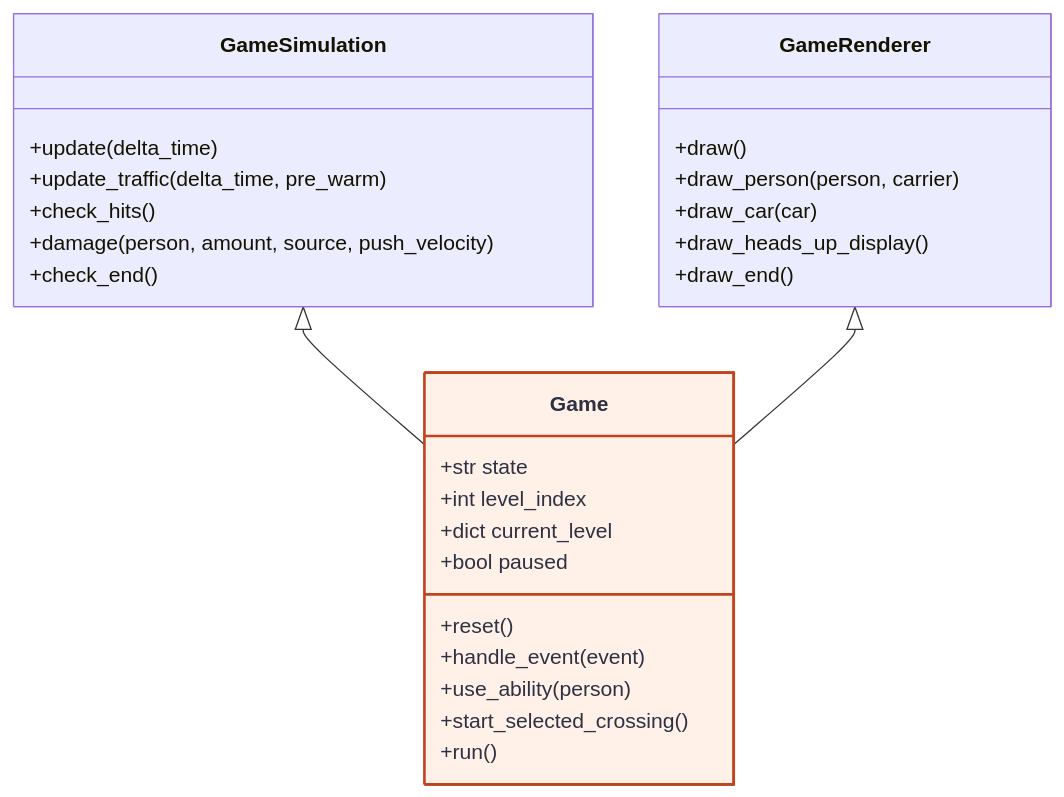
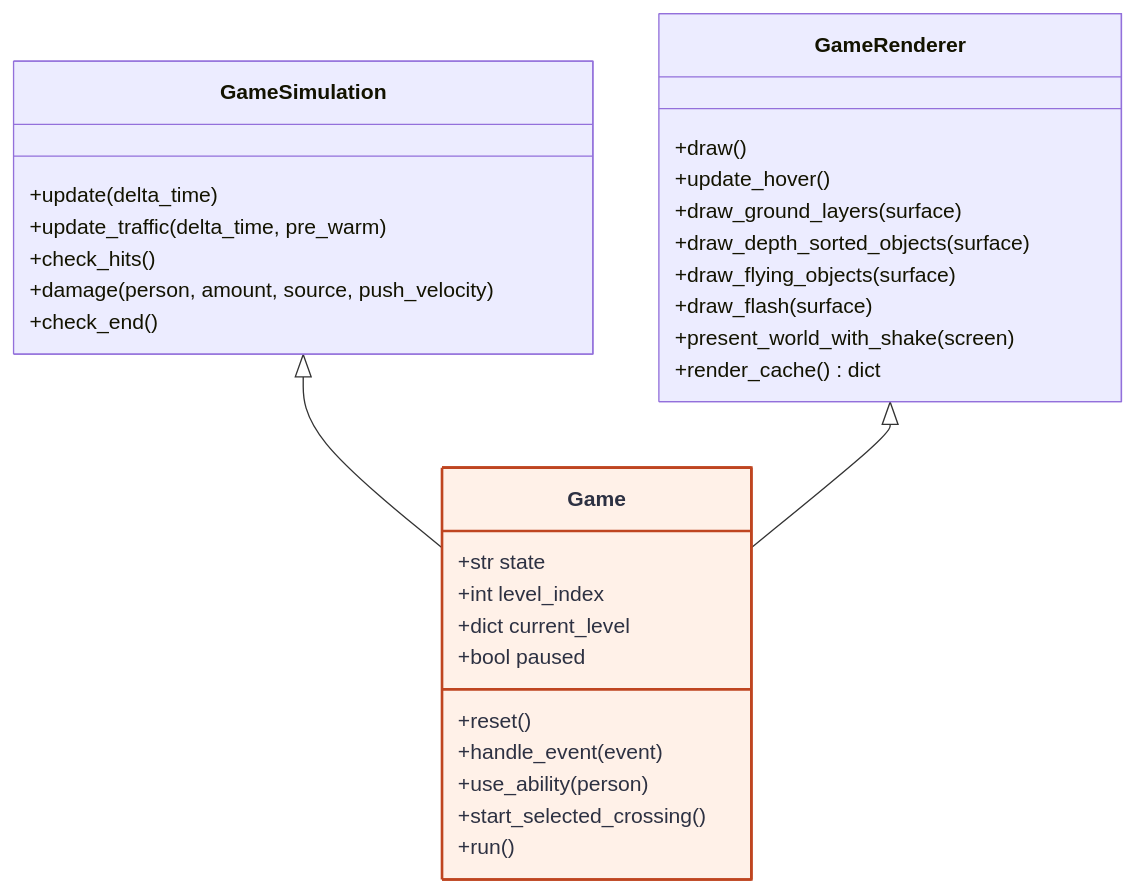
One commit to namo5758/pygame-cross-the-road changed the first of 3 diagrams in docs/class_diagram.md. Above: the diagram before and after it, drawn with Mermaid. The commit also changed other lines of this file, not shown here.

Commit message:
class diagram: GameRenderer methods after the render split

````diff
--- a/docs/class_diagram.md
+++ b/docs/class_diagram.md
@@ -9,37 +9,40 @@
 ```mermaid
 classDiagram
     direction TB
 
     class GameSimulation {
         +update(delta_time)
         +update_traffic(delta_time, pre_warm)
         +check_hits()
         +damage(person, amount, source, push_velocity)
         +check_end()
     }
 
     class GameRenderer {
         +draw()
-        +draw_person(person, carrier)
-        +draw_car(car)
-        +draw_heads_up_display()
-        +draw_end()
+        +update_hover()
+        +draw_ground_layers(surface)
+        +draw_depth_sorted_objects(surface)
+        +draw_flying_objects(surface)
+        +draw_flash(surface)
+        +present_world_with_shake(screen)
+        +render_cache() dict
     }
 
     class Game {
         +str state
         +int level_index
         +dict current_level
         +bool paused
         +reset()
         +handle_event(event)
         +use_ability(person)
         +start_selected_crossing()
         +run()
     }
 
     GameSimulation <|-- Game
     GameRenderer <|-- Game
 
     style Game fill:#fff1e8,stroke:#bf4520,color:#2d3142,stroke-width:2px
 ```
````
